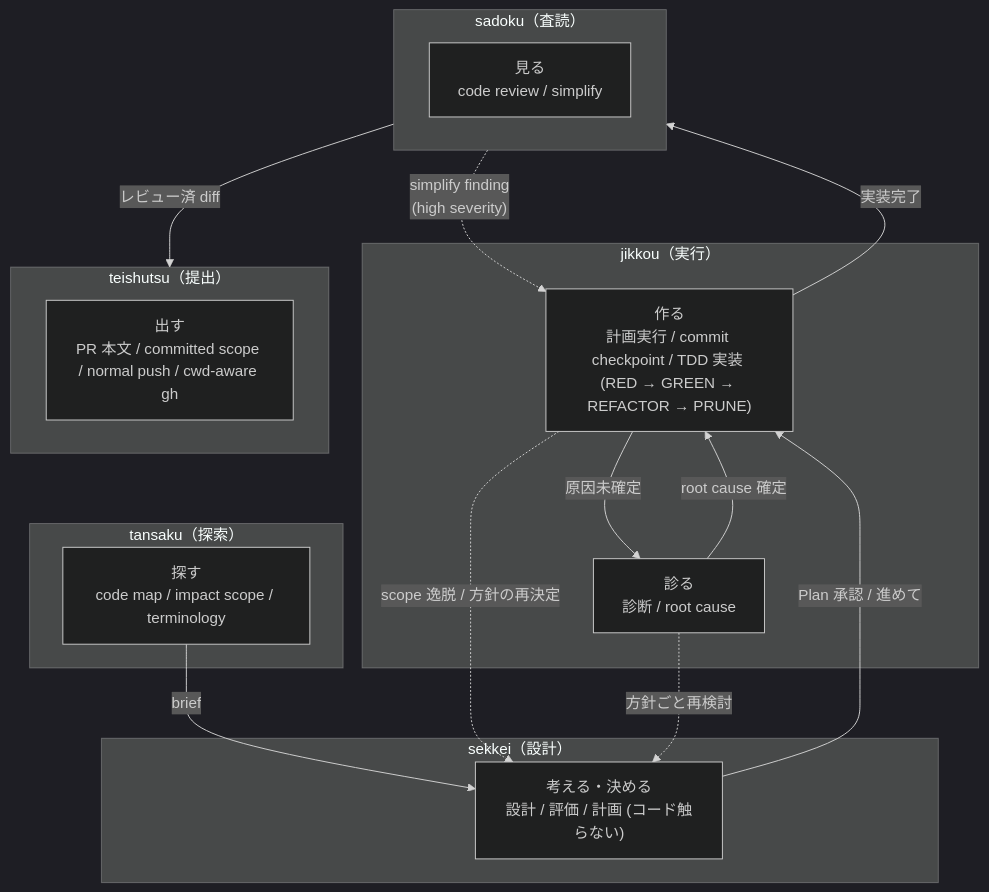
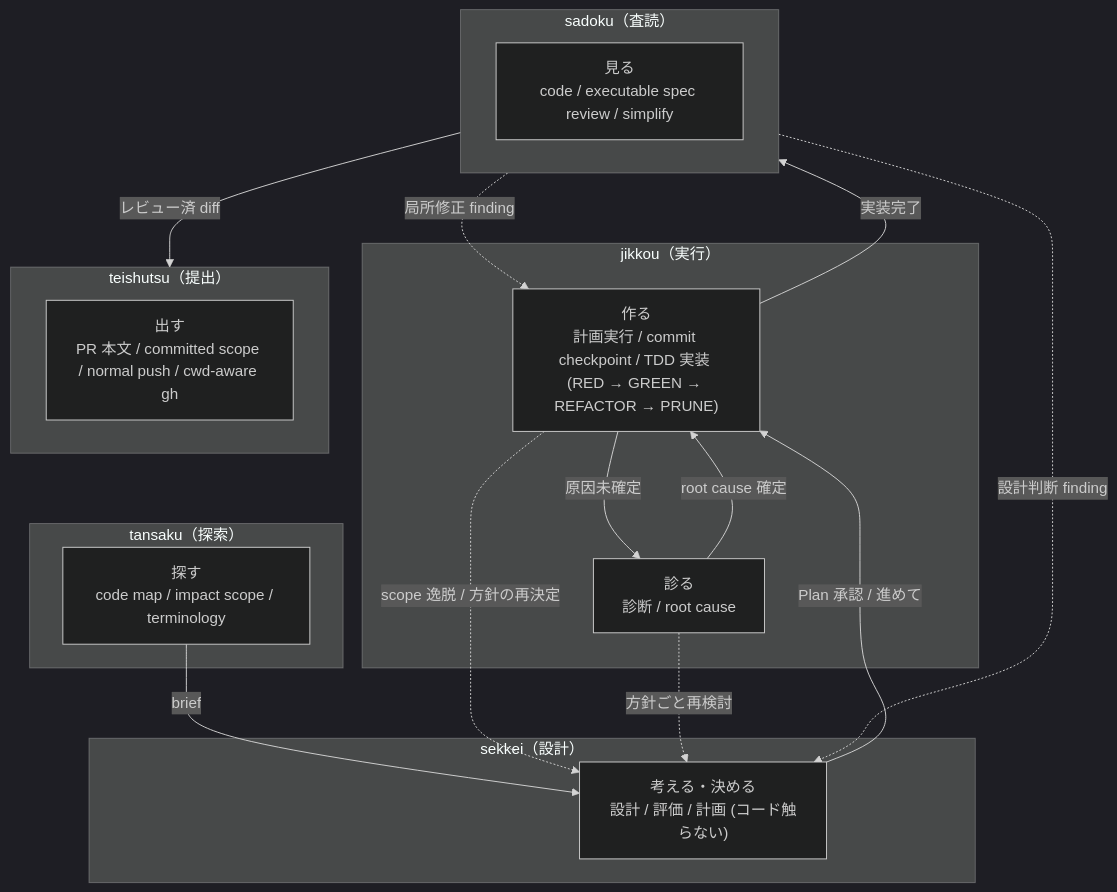
One commit to hayashiii-ghub/hikizan changed the diagram in docs/workflow.md. Above: the diagram before and after it, drawn with Mermaid (dark theme). The commit also changed other lines of this file and 29 other files, not shown here.

````diff
--- a/docs/workflow.md
+++ b/docs/workflow.md
@@ -18,29 +18,30 @@
 ```mermaid
 flowchart TB
   subgraph EXPLORE["tansaku（探索）"]
     T["探す<br/>code map / impact scope / terminology"]
   end
   subgraph DESIGN["sekkei（設計）"]
     K["考える・決める<br/>設計 / 評価 / 計画 (コード触らない)"]
   end
   subgraph EXEC["jikkou（実行）"]
     J["作る<br/>計画実行 / commit checkpoint / TDD 実装 (RED → GREEN → REFACTOR → PRUNE)"]
     JD["診る<br/>診断 / root cause"]
   end
   subgraph REVIEW["sadoku（査読）"]
-    R["見る<br/>code review / simplify"]
+    R["見る<br/>code / executable spec review / simplify"]
   end
   subgraph SUBMIT["teishutsu（提出）"]
     M["出す<br/>PR 本文 / committed scope / normal push / cwd-aware gh"]
   end
 
   T -->|"brief"| K
   K -->|"Plan 承認 / 進めて"| J
   J -->|"原因未確定"| JD
   JD -->|"root cause 確定"| J
   J -.->|"scope 逸脱 / 方針の再決定"| K
   JD -.->|"方針ごと再検討"| K
   J -->|"実装完了"| REVIEW
-  REVIEW -.->|"simplify finding<br/>(high severity)"| J
+  REVIEW -.->|"局所修正 finding"| J
+  REVIEW -.->|"設計判断 finding"| K
   REVIEW -->|"レビュー済 diff"| SUBMIT
 ```
````
